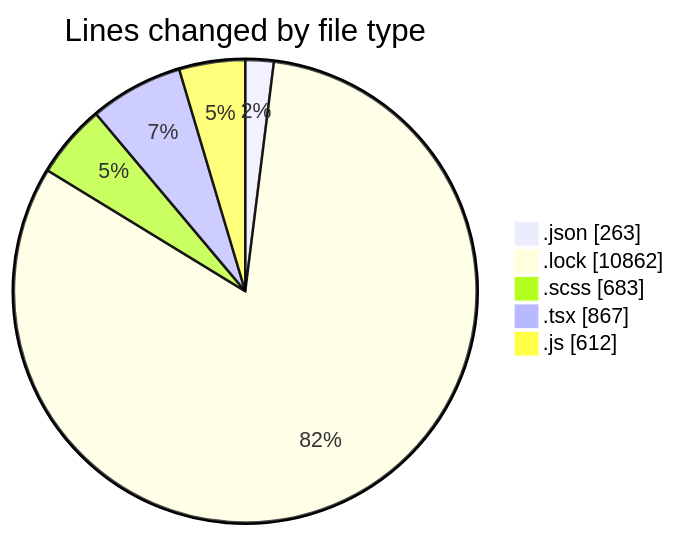
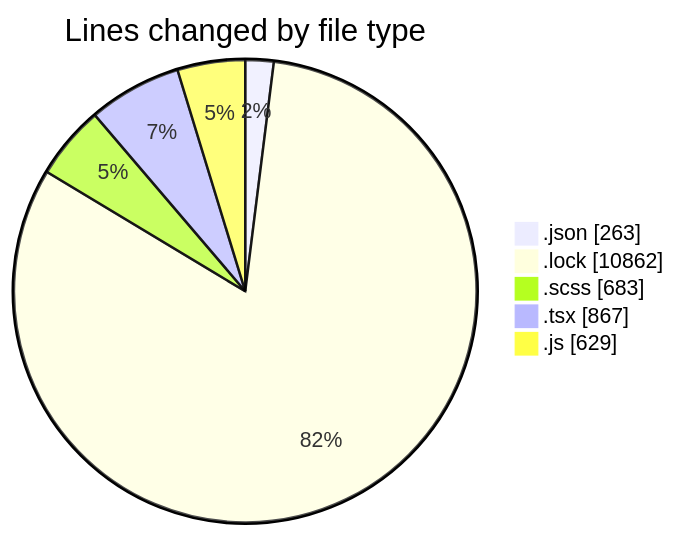
Before and after one commit to momahboobian/code-tracking: the first of 2 diagrams in 2026-05-18/cda/README.md, drawn with Mermaid. The commit also changed other lines of this file and 1 other file, not shown here.

````diff
--- a/2026-05-18/cda/README.md
+++ b/2026-05-18/cda/README.md
@@ -35,9 +35,9 @@
 ```mermaid
 pie showData
 title Lines changed by file type
 ".json" : 263
 ".lock" : 10862
 ".scss" : 683
 ".tsx" : 867
-".js" : 612
+".js" : 629
 ```
````
